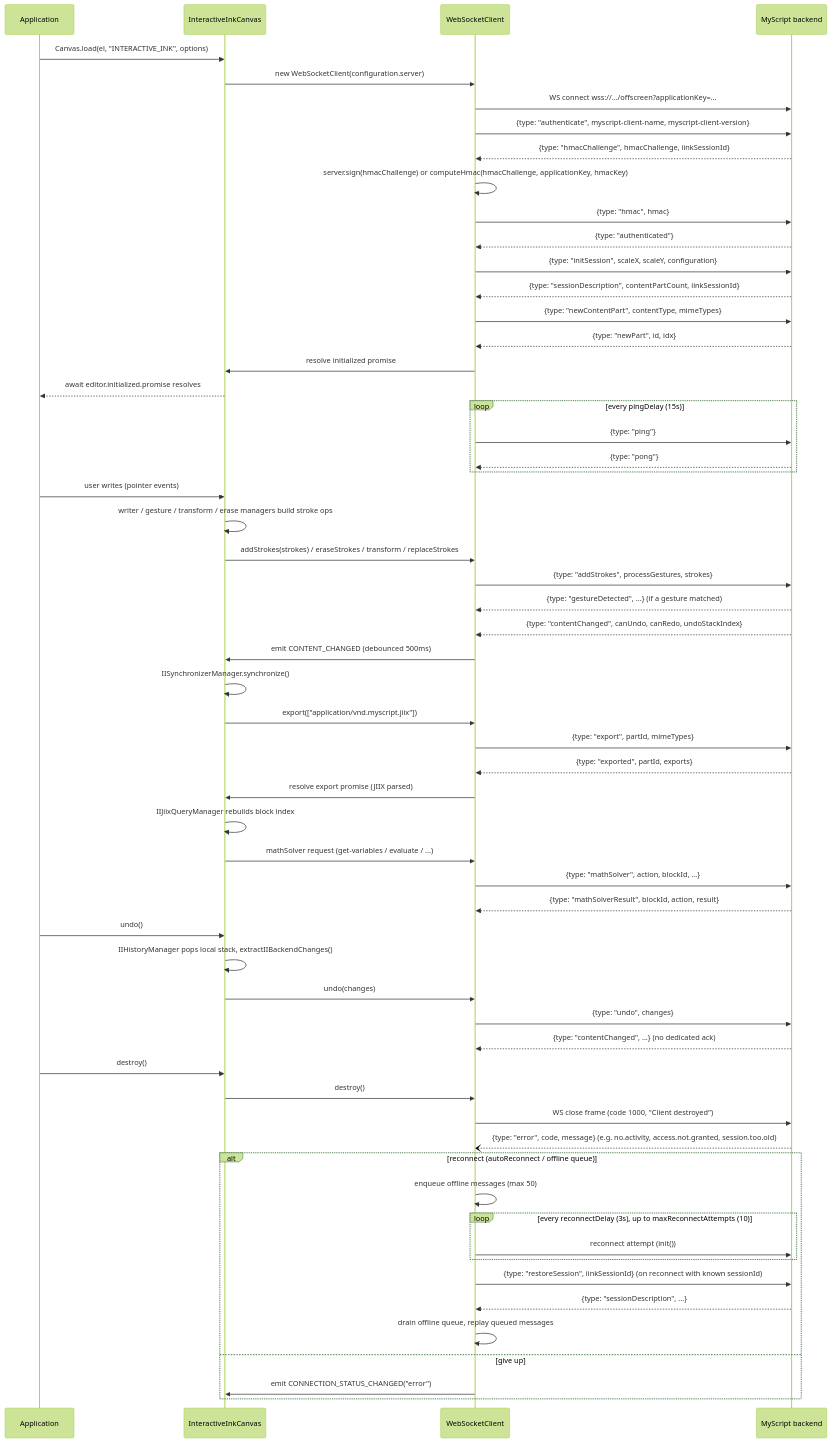
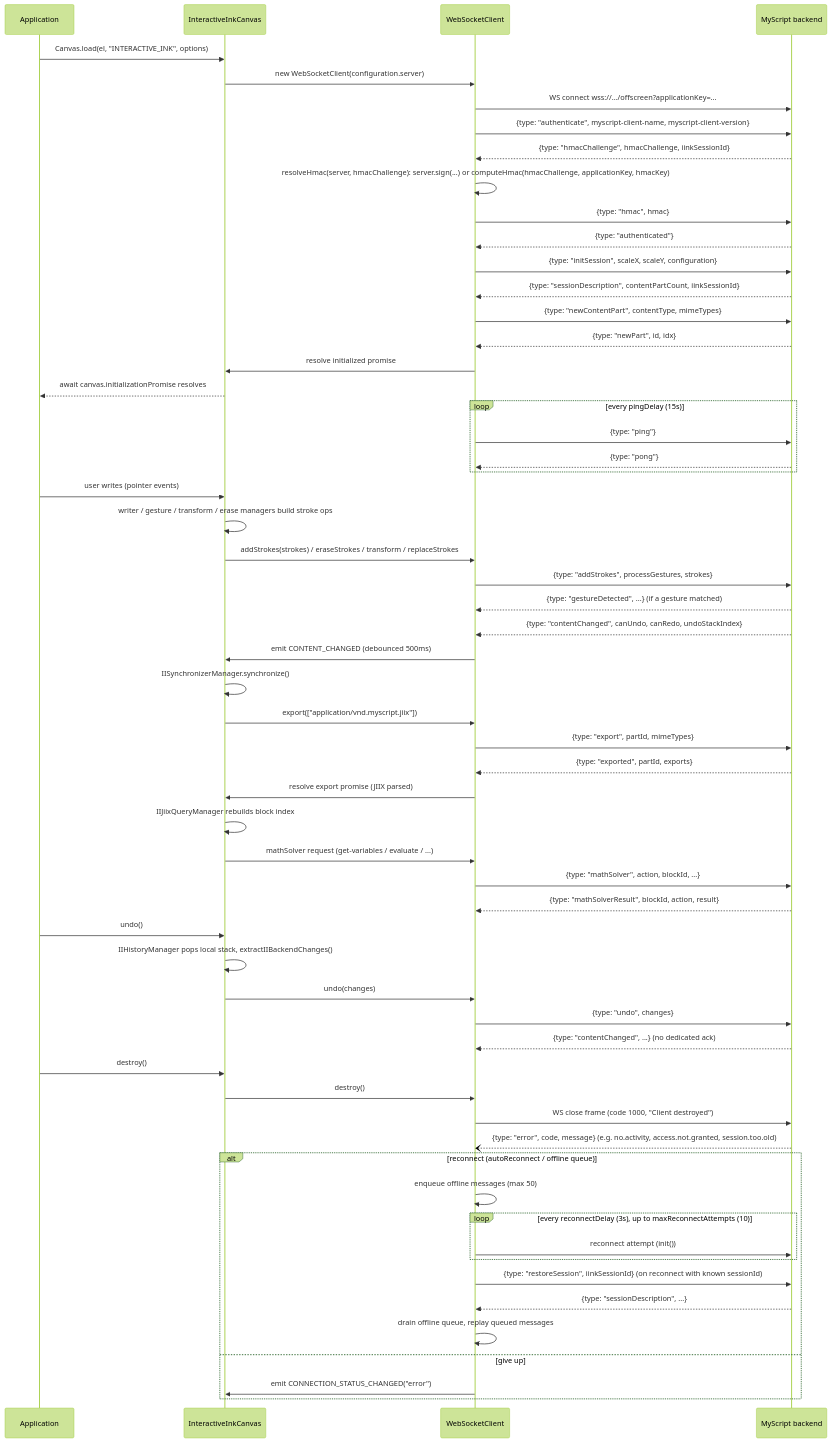
One commit to MyScript/iinkts-preprod changed the diagram in architecture/websocket-protocol.md. Above: the diagram before and after it, drawn with Mermaid (forest theme). The commit also changed other lines of this file and 27 other files, not shown here.

````diff
--- a/architecture/websocket-protocol.md
+++ b/architecture/websocket-protocol.md
@@ -7,79 +7,79 @@
 ```mermaid
 sequenceDiagram
     participant App as Application
     participant Canvas as InteractiveInkCanvas
     participant Client as WebSocketClient
     participant Server as MyScript backend
 
     %% 1. Connection + HMAC auth
     App->>Canvas: Canvas.load(el, "INTERACTIVE_INK", options)
     Canvas->>Client: new WebSocketClient(configuration.server)
     Client->>Server: WS connect wss://.../offscreen?applicationKey=...
     Client->>Server: {type: "authenticate", myscript-client-name, myscript-client-version}
     Server-->>Client: {type: "hmacChallenge", hmacChallenge, iinkSessionId}
-    Client->>Client: server.sign(hmacChallenge) or computeHmac(hmacChallenge, applicationKey, hmacKey)
+    Client->>Client: resolveHmac(server, hmacChallenge): server.sign(...) or computeHmac(hmacChallenge, applicationKey, hmacKey)
     Client->>Server: {type: "hmac", hmac}
     Server-->>Client: {type: "authenticated"}
 
     %% 2. Session / content part init
     Client->>Server: {type: "initSession", scaleX, scaleY, configuration}
     Server-->>Client: {type: "sessionDescription", contentPartCount, iinkSessionId}
     Client->>Server: {type: "newContentPart", contentType, mimeTypes}
     Server-->>Client: {type: "newPart", id, idx}
     Client->>Canvas: resolve initialized promise
-    Canvas-->>App: await editor.initialized.promise resolves
+    Canvas-->>App: await canvas.initializationPromise resolves
 
     %% keepalive (parallel, independent worker)
     loop every pingDelay (15s)
         Client->>Server: {type: "ping"}
         Server-->>Client: {type: "pong"}
     end
 
     %% 3. Stroke input + 4. real-time recognition
     App->>Canvas: user writes (pointer events)
     Canvas->>Canvas: writer / gesture / transform / erase managers build stroke ops
     Canvas->>Client: addStrokes(strokes) / eraseStrokes / transform / replaceStrokes
     Client->>Server: {type: "addStrokes", processGestures, strokes}
     Server-->>Client: {type: "gestureDetected", ...} (if a gesture matched)
     Server-->>Client: {type: "contentChanged", canUndo, canRedo, undoStackIndex}
     Client->>Canvas: emit CONTENT_CHANGED (debounced 500ms)
     Canvas->>Canvas: IISynchronizerManager.synchronize()
 
     %% 5. Export / JIIX
     Canvas->>Client: export(["application/vnd.myscript.jiix"])
     Client->>Server: {type: "export", partId, mimeTypes}
     Server-->>Client: {type: "exported", partId, exports}
     Client->>Canvas: resolve export promise (JIIX parsed)
     Canvas->>Canvas: IIJiixQueryManager rebuilds block index
 
     %% math solver round trip (optional, on-demand)
     Canvas->>Client: mathSolver request (get-variables / evaluate / ...)
     Client->>Server: {type: "mathSolver", action, blockId, ...}
     Server-->>Client: {type: "mathSolverResult", blockId, action, result}
 
     %% 6. Undo / redo (client-authoritative stack, round-tripped to server)
     App->>Canvas: undo()
     Canvas->>Canvas: IIHistoryManager pops local stack, extractIIBackendChanges()
     Canvas->>Client: undo(changes)
     Client->>Server: {type: "undo", changes}
     Server-->>Client: {type: "contentChanged", ...} (no dedicated ack)
 
     %% 7. Session close
     App->>Canvas: destroy()
     Canvas->>Client: destroy()
     Client->>Server: WS close frame (code 1000, "Client destroyed")
 
     %% 8. Error handling / reconnection
     Server--)Client: {type: "error", code, message} (e.g. no.activity, access.not.granted, session.too.old)
     alt reconnect (autoReconnect / offline queue)
         Client->>Client: enqueue offline messages (max 50)
         loop every reconnectDelay (3s), up to maxReconnectAttempts (10)
             Client->>Server: reconnect attempt (init())
         end
         Client->>Server: {type: "restoreSession", iinkSessionId} (on reconnect with known sessionId)
         Server-->>Client: {type: "sessionDescription", ...}
         Client->>Client: drain offline queue, replay queued messages
     else give up
         Client->>Canvas: emit CONNECTION_STATUS_CHANGED("error")
     end
 ```
````
